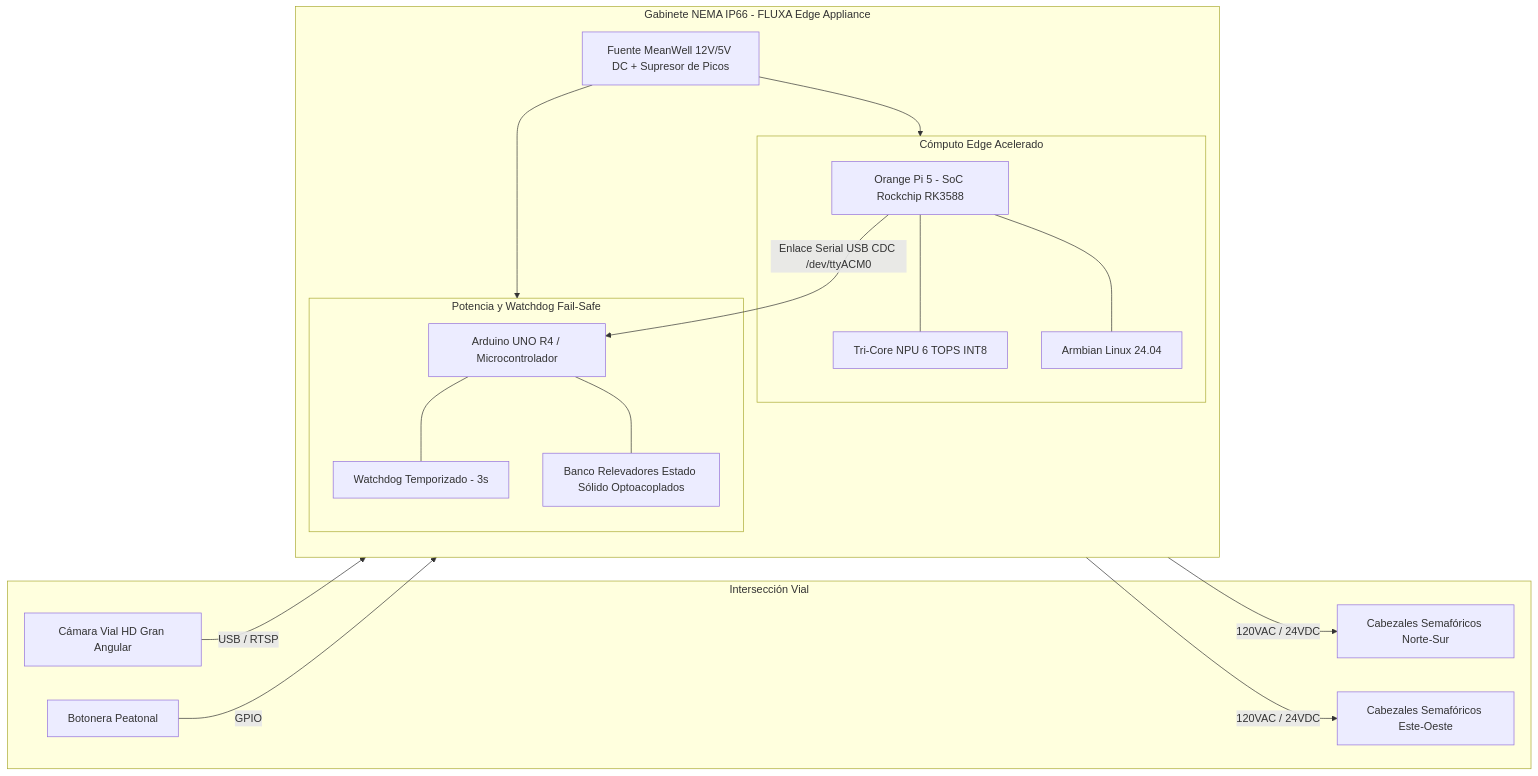
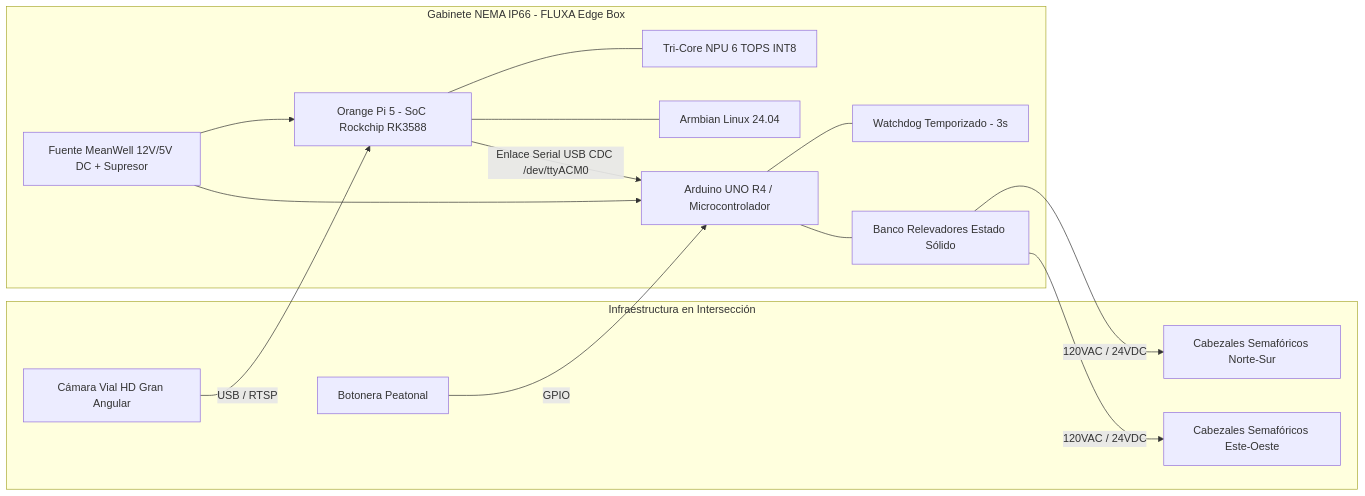
The second of 2 diagrams in README.md (Pozole98/fluxa-smart-city), drawn with Mermaid before and after one commit. The commit also changed other lines of this file and 4 other files, not shown here.

Commit message:
fix(docs): corregir sintaxis de diagramas Mermaid para renderizado nativo en GitHub

````diff
--- a/README.md
+++ b/README.md
@@ -124,38 +124,31 @@
 ```mermaid
-graph LR
-    subgraph CAMPO [Intersección Vial]
-        OPTIC[Cámara Vial HD Gran Angular]
-        SIG_NS[Cabezales Semafóricos Norte-Sur]
-        SIG_EO[Cabezales Semafóricos Este-Oeste]
-        PED_BTN[Botonera Peatonal]
+flowchart LR
+    subgraph CAMPO ["Infraestructura en Intersección"]
+        OPTIC["Cámara Vial HD Gran Angular"]
+        SIG_NS["Cabezales Semafóricos Norte-Sur"]
+        SIG_EO["Cabezales Semafóricos Este-Oeste"]
+        PED_BTN["Botonera Peatonal"]
     end
 
-    subgraph GABINETE [Gabinete NEMA IP66 - FLUXA Edge Appliance]
-        direction TB
-        PSU[Fuente MeanWell 12V/5V DC + Supresor de Picos]
-        
-        subgraph SBC [Cómputo Edge Acelerado]
-            OPI5[Orange Pi 5 - SoC Rockchip RK3588]
-            NPU_CORE[Tri-Core NPU 6 TOPS INT8]
-            OS_ENGINE[Armbian Linux 24.04]
-            OPI5 --- NPU_CORE
-            OPI5 --- OS_ENGINE
-        end
-        
-        subgraph MCU [Potencia y Watchdog Fail-Safe]
-            ARD[Arduino UNO R4 / Microcontrolador]
-            WDOG[Watchdog Temporizado - 3s]
-            SSR[Banco Relevadores Estado Sólido Optoacoplados]
-            ARD --- WDOG
-            ARD --- SSR
-        end
+    subgraph GABINETE ["Gabinete NEMA IP66 - FLUXA Edge Box"]
+        PSU["Fuente MeanWell 12V/5V DC + Supresor"]
+        OPI5["Orange Pi 5 - SoC Rockchip RK3588"]
+        NPU_CORE["Tri-Core NPU 6 TOPS INT8"]
+        OS_ENGINE["Armbian Linux 24.04"]
+        ARD["Arduino UNO R4 / Microcontrolador"]
+        WDOG["Watchdog Temporizado - 3s"]
+        SSR["Banco Relevadores Estado Sólido"]
     end
 
     OPTIC -->|USB / RTSP| OPI5
     PED_BTN -->|GPIO| ARD
     OPI5 -->|Enlace Serial USB CDC /dev/ttyACM0| ARD
     SSR -->|120VAC / 24VDC| SIG_NS
     SSR -->|120VAC / 24VDC| SIG_EO
-    PSU --> SBC
-    PSU --> MCU
+    PSU --> OPI5
+    PSU --> ARD
+    OPI5 --- NPU_CORE
+    OPI5 --- OS_ENGINE
+    ARD --- WDOG
+    ARD --- SSR
 ```
````
